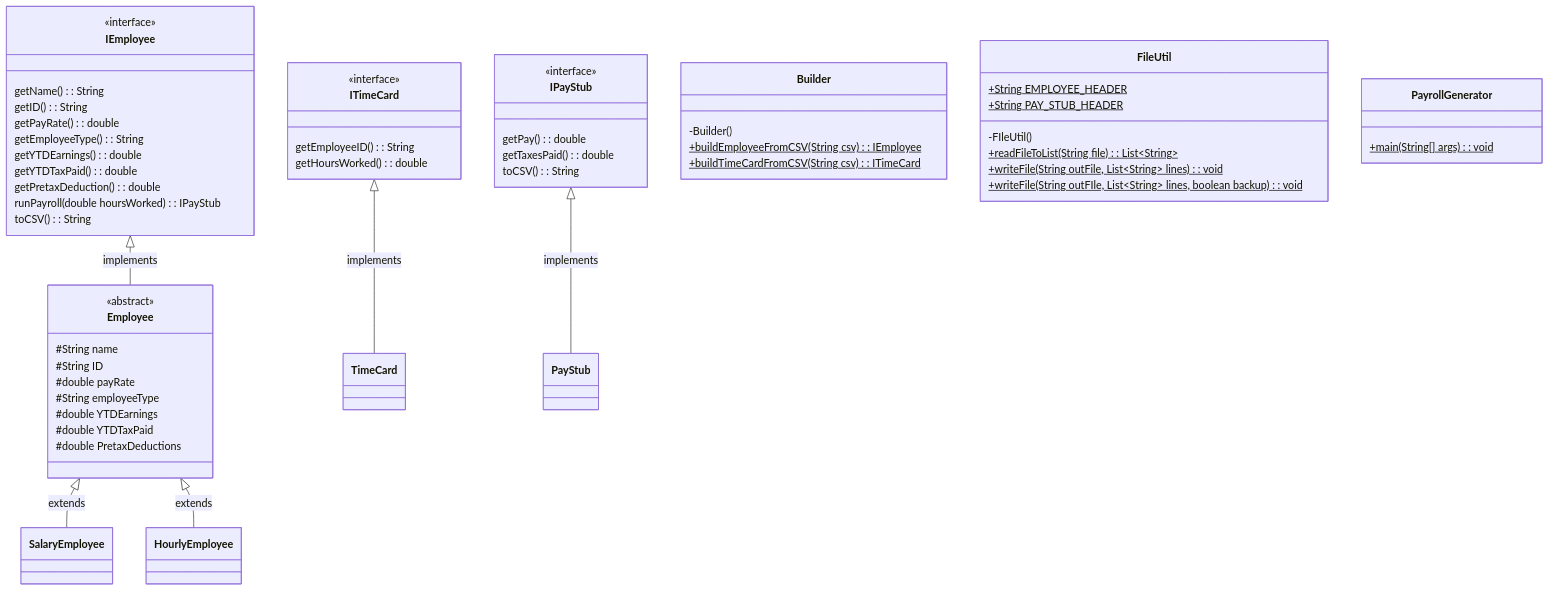
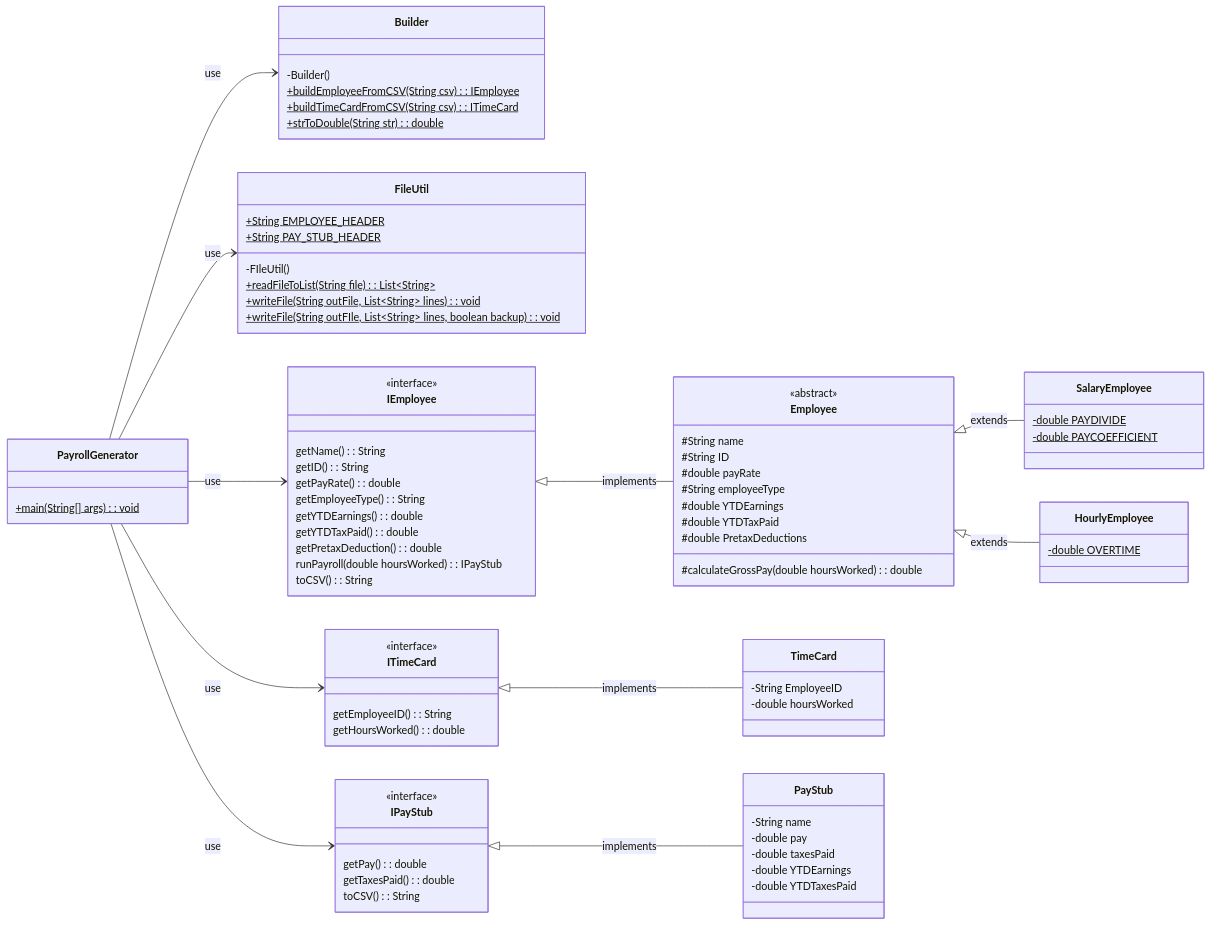
Before and after one commit to 5004-SEA-Fa24-Geeng/payroll-gen-lietcooper: the diagram in DesignDocument.md, drawn with Mermaid. The commit also changed other lines of this file and 12 other files, not shown here.

````diff
--- a/DesignDocument.md
+++ b/DesignDocument.md
@@ -13,8 +13,12 @@
 title:
 ---
 classDiagram
-    direction TB
-    PayrollGenerator
+    direction LR
+    PayrollGenerator --> Builder: use
+    PayrollGenerator --> FileUtil: use
+    PayrollGenerator --> IEmployee: use
+    PayrollGenerator --> ITimeCard: use
+    PayrollGenerator --> IPayStub: use
     IEmployee <|-- Employee: implements
     <<abstract>> Employee
     Employee <|-- SalaryEmployee: extends
@@ -25,12 +29,11 @@
     IPayStub <|-- PayStub: implements
     <<interface>> IPayStub
     
-
-
     class Builder {
         -Builder()
         +buildEmployeeFromCSV(String csv)$: IEmployee
         +buildTimeCardFromCSV(String csv)$: ITimeCard
+        +strToDouble(String str)$: double
     }
     class FileUtil {
         +String EMPLOYEE_HEADER$
@@ -62,11 +65,14 @@
         #double YTDEarnings
         #double YTDTaxPaid
         #double PretaxDeductions
+        #calculateGrossPay(double hoursWorked): double
  }
     class HourlyEmployee {
-        
+        -double OVERTIME$
     }
     class SalaryEmployee {
+        -double PAYDIVIDE$
+        -double PAYCOEFFICIENT$
         
     }
     class ITimeCard {
@@ -74,7 +80,8 @@
         getHoursWorked(): double
     }
     class TimeCard {
-        
+        -String EmployeeID
+        -double hoursWorked
     }
     class IPayStub {
         getPay(): double
@@ -82,6 +89,10 @@
         toCSV(): String
     }
     class PayStub {
-        
+        -String name
+        -double pay
+        -double taxesPaid
+        -double YTDEarnings
+        -double YTDTaxesPaid
     }
 ```
````
